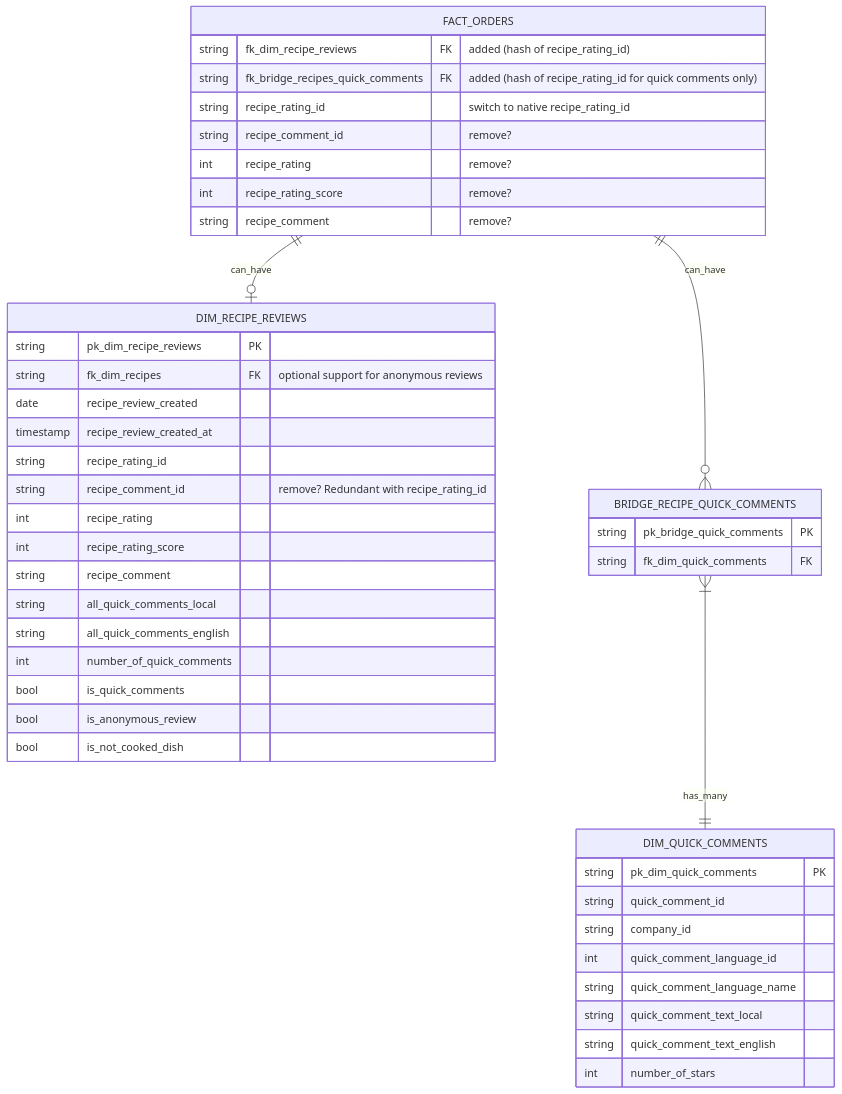
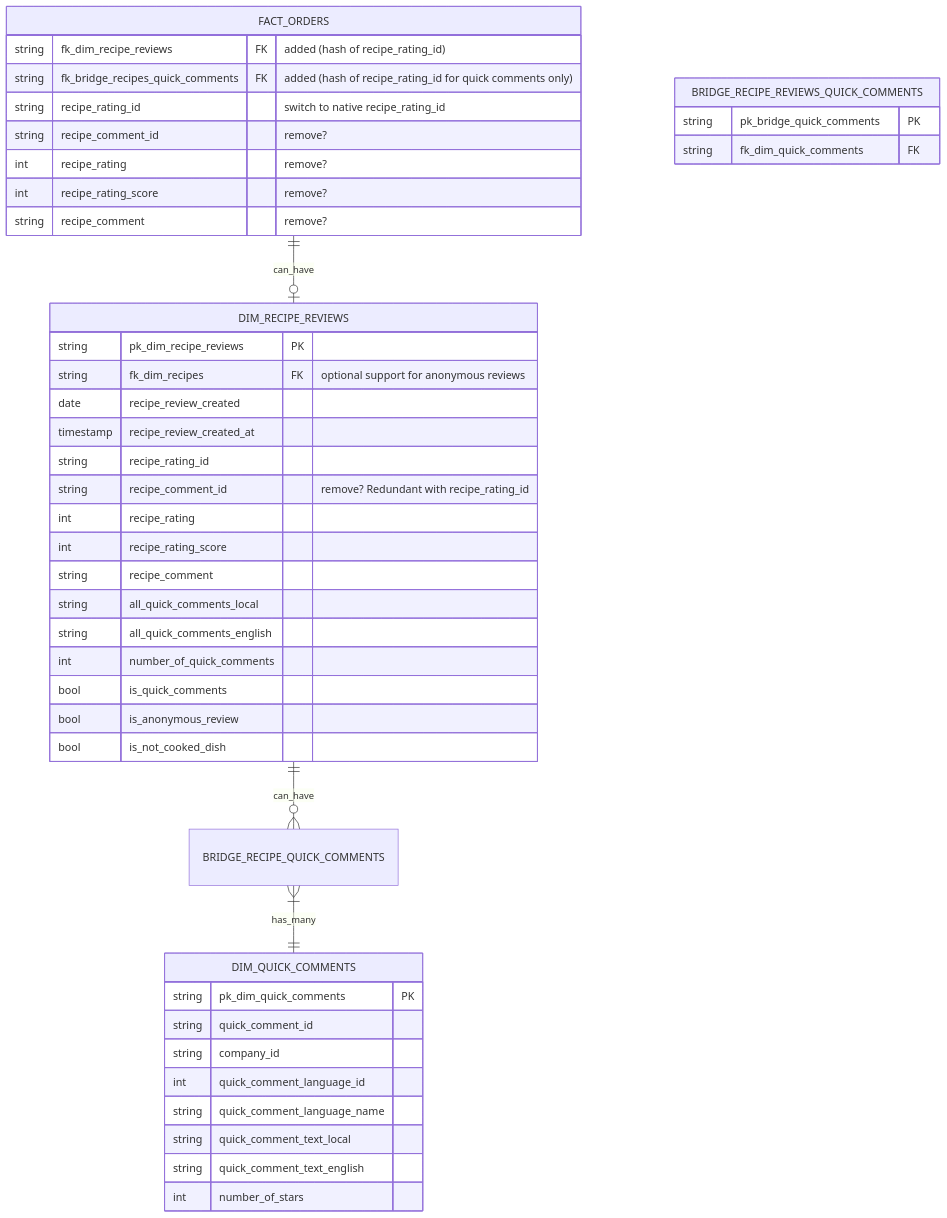
Before and after one commit to comegrant/misc_doc: the diagram in add_reviews_to_pbi.md, drawn with Mermaid.

````diff
--- a/add_reviews_to_pbi.md
+++ b/add_reviews_to_pbi.md
@@ -20,49 +20,49 @@
 ```mermaid
 erDiagram
 direction TB
 FACT_ORDERS ||--o| DIM_RECIPE_REVIEWS: can_have
-FACT_ORDERS ||--o{ BRIDGE_RECIPE_QUICK_COMMENTS: can_have
+DIM_RECIPE_REVIEWS ||--o{ BRIDGE_RECIPE_QUICK_COMMENTS: can_have
 BRIDGE_RECIPE_QUICK_COMMENTS }|--|| DIM_QUICK_COMMENTS: has_many
 
 
 FACT_ORDERS {
     string fk_dim_recipe_reviews FK "added (hash of recipe_rating_id)"
     string fk_bridge_recipes_quick_comments FK "added (hash of recipe_rating_id for quick comments only)"
     string recipe_rating_id "switch to native recipe_rating_id"
     string recipe_comment_id "remove?"
     int recipe_rating "remove?"
     int recipe_rating_score "remove?"
     string recipe_comment "remove?"
 }
 DIM_RECIPE_REVIEWS {
     string pk_dim_recipe_reviews PK
     string fk_dim_recipes FK "optional support for anonymous reviews"
     date recipe_review_created
     timestamp recipe_review_created_at
     string recipe_rating_id
     string recipe_comment_id "remove? Redundant with recipe_rating_id"
     int recipe_rating
     int recipe_rating_score
     string recipe_comment
     string all_quick_comments_local
     string all_quick_comments_english
     int number_of_quick_comments
     bool is_quick_comments
     bool is_anonymous_review
     bool is_not_cooked_dish
 }
-BRIDGE_RECIPE_QUICK_COMMENTS {
+BRIDGE_RECIPE_REVIEWS_QUICK_COMMENTS {
     string pk_bridge_quick_comments PK
     string fk_dim_quick_comments FK
 }
 DIM_QUICK_COMMENTS {
     string pk_dim_quick_comments PK
     string quick_comment_id 
     string company_id
     int quick_comment_language_id
     string quick_comment_language_name
     string quick_comment_text_local
     string quick_comment_text_english
     int number_of_stars
 }
 ```
````
